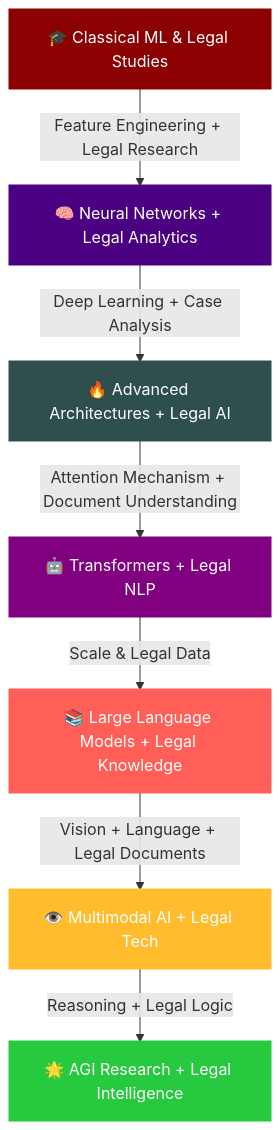
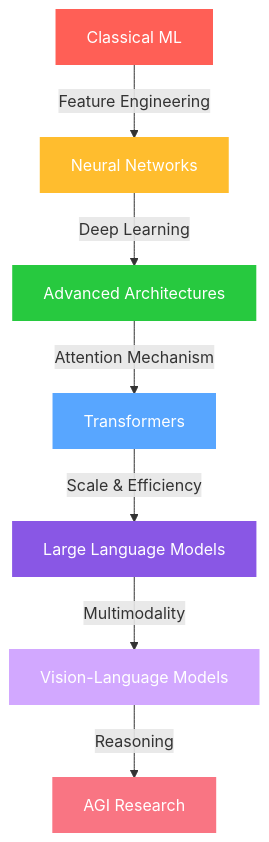
The diagram in README.md (mandrita16/mandrita16), drawn with Mermaid before and after one commit. The commit also changed other lines of this file, not shown here.

````diff
--- a/README.md
+++ b/README.md
@@ -180,17 +116,17 @@
 ```mermaid
 graph TD
-    A["🎓 Classical ML & Legal Studies"] -->|Feature Engineering + Legal Research| B["🧠 Neural Networks + Legal Analytics"]
-    B -->|Deep Learning + Case Analysis| C["🔥 Advanced Architectures + Legal AI"]
-    C -->|Attention Mechanism + Document Understanding| D["🤖 Transformers + Legal NLP"]
-    D -->|Scale & Legal Data| E["📚 Large Language Models + Legal Knowledge"]
-    E -->|Vision + Language + Legal Documents| F["👁️ Multimodal AI + Legal Tech"]
-    F -->|Reasoning + Legal Logic| G["🌟 AGI Research + Legal Intelligence"]
+    A[Classical ML] -->|Feature Engineering| B[Neural Networks]
+    B -->|Deep Learning| C[Advanced Architectures]
+    C -->|Attention Mechanism| D[Transformers]
+    D -->|Scale & Efficiency| E[Large Language Models]
+    E -->|Multimodality| F[Vision-Language Models]
+    F -->|Reasoning| G[AGI Research]
     
-    style A fill:#8B0000,stroke:#8B0000,color:white,stroke-width:3px
-    style B fill:#4B0082,stroke:#4B0082,color:white,stroke-width:3px
-    style C fill:#2F4F4F,stroke:#2F4F4F,color:white,stroke-width:3px
-    style D fill:#800080,stroke:#800080,color:white,stroke-width:3px
-    style E fill:#ff5f56,stroke:#ff5f56,color:white,stroke-width:3px
-    style F fill:#ffbd2e,stroke:#ffbd2e,color:white,stroke-width:3px
-    style G fill:#27c93f,stroke:#27c93f,color:white,stroke-width:3px
+    style A fill:#ff5f56,stroke:#ff5f56,color:white,stroke-width:2px
+    style B fill:#ffbd2e,stroke:#ffbd2e,color:white,stroke-width:2px
+    style C fill:#27c93f,stroke:#27c93f,color:white,stroke-width:2px
+    style D fill:#58a6ff,stroke:#58a6ff,color:white,stroke-width:2px
+    style E fill:#8957e5,stroke:#8957e5,color:white,stroke-width:2px
+    style F fill:#d2a8ff,stroke:#d2a8ff,color:white,stroke-width:2px
+    style G fill:#f97583,stroke:#f97583,color:white,stroke-width:2px
 ```
````
